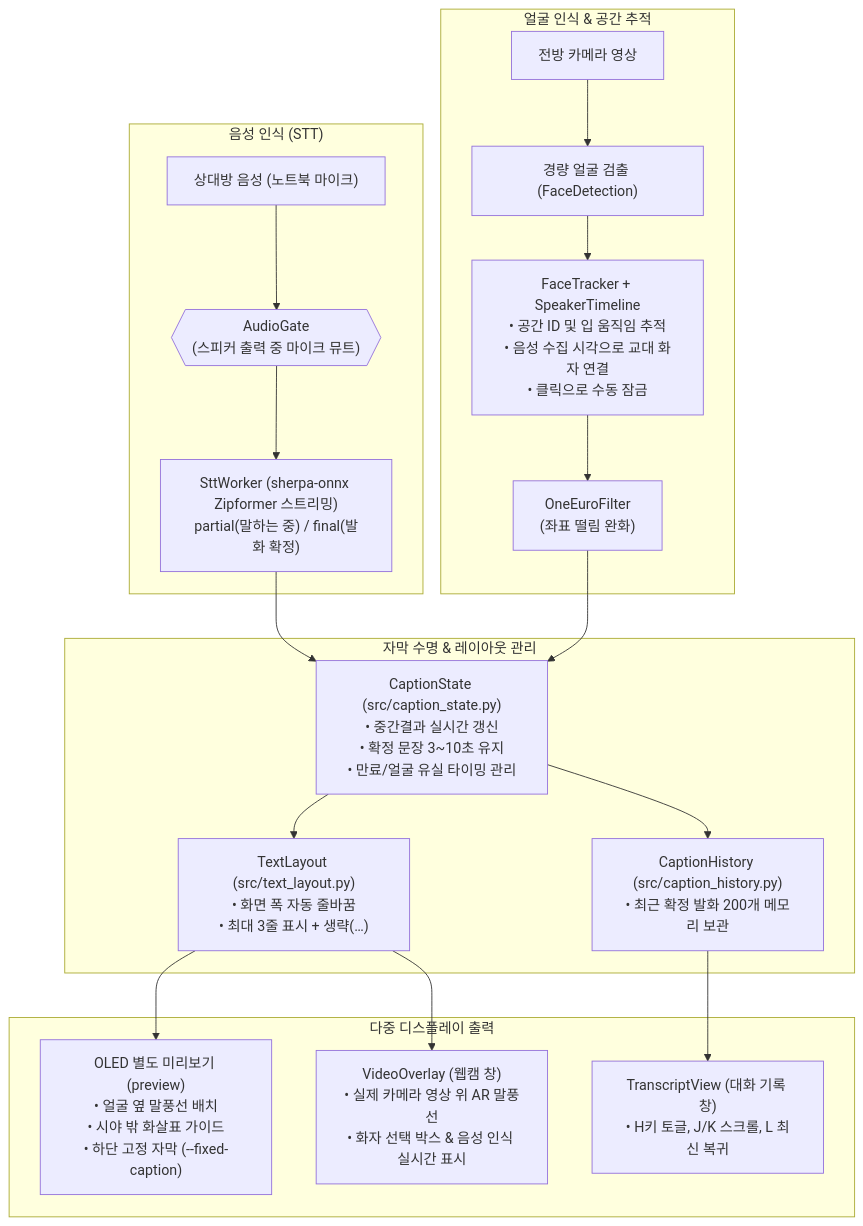
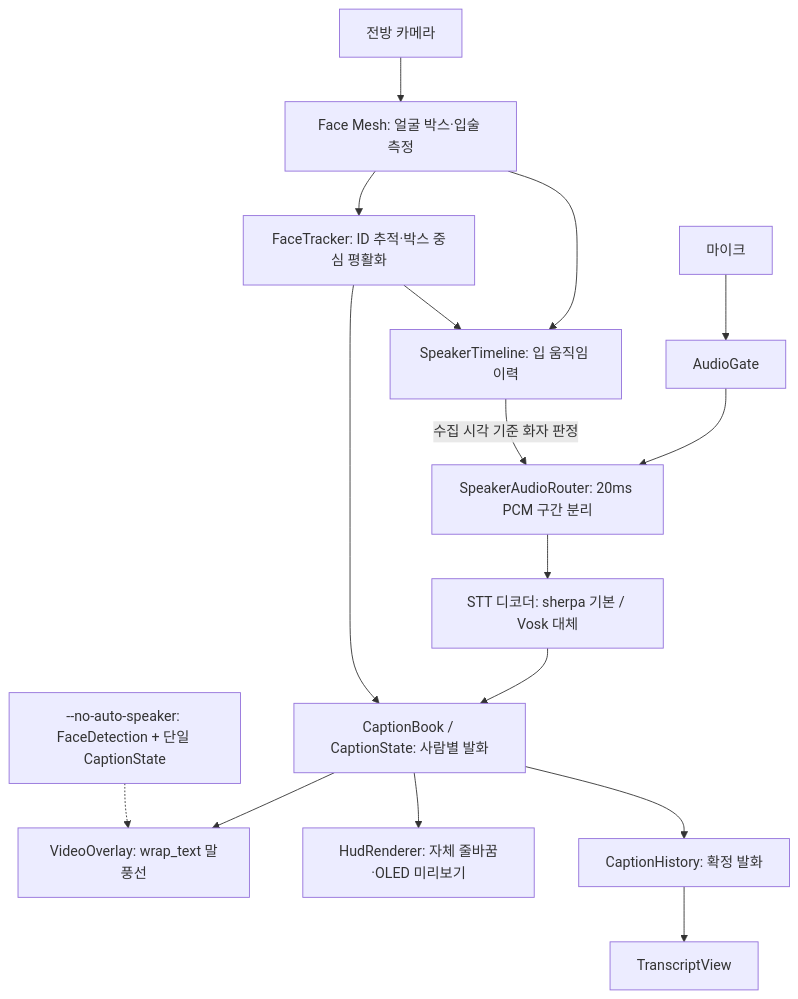
The third of 3 diagrams in README.md (vagus3/SignLanguageGlass), drawn with Mermaid before and after one commit. The commit also changed other lines of this file and 14 other files, not shown here.

````diff
--- a/README.md
+++ b/README.md
@@ -246,36 +158,14 @@
 ```mermaid
 flowchart TD
-    subgraph Audio["음성 인식 (STT)"]
-        Mic["상대방 음성 (노트북 마이크)"]
-        Gate{{"AudioGate\n(스피커 출력 중 마이크 뮤트)"}}
-        Sherpa["SttWorker (sherpa-onnx Zipformer 스트리밍)\npartial(말하는 중) / final(발화 확정)"]
-    end
-
-    subgraph Vision["얼굴 인식 & 공간 추적"]
-        Cam["전방 카메라 영상"]
-        Det["경량 얼굴 검출 (FaceDetection)"]
-        Track["FaceTracker + SpeakerTimeline\n• 공간 ID 및 입 움직임 추적\n• 음성 수집 시각으로 교대 화자 연결\n• 클릭으로 수동 잠금"]
-        Smooth["OneEuroFilter\n(좌표 떨림 완화)"]
-    end
-
-    subgraph Layout["자막 수명 & 레이아웃 관리"]
-        State["CaptionState (src/caption_state.py)\n• 중간결과 실시간 갱신\n• 확정 문장 3~10초 유지\n• 만료/얼굴 유실 타이밍 관리"]
-        Txt["TextLayout (src/text_layout.py)\n• 화면 폭 자동 줄바꿈\n• 최대 3줄 표시 + 생략(…)"]
-        Hist["CaptionHistory (src/caption_history.py)\n• 최근 확정 발화 200개 메모리 보관"]
-    end
-
-    subgraph Display["다중 디스플레이 출력"]
-        OLED["OLED 별도 미리보기 (preview)\n• 얼굴 옆 말풍선 배치\n• 시야 밖 화살표 가이드\n• 하단 고정 자막 (--fixed-caption)"]
-        Video["VideoOverlay (웹캠 창)\n• 실제 카메라 영상 위 AR 말풍선\n• 화자 선택 박스 & 음성 인식 실시간 표시"]
-        Transcript["TranscriptView (대화 기록 창)\n• H키 토글, J/K 스크롤, L 최신 복귀"]
-    end
-
-    Mic --> Gate --> Sherpa --> State
-    Cam --> Det --> Track --> Smooth --> State
-    State --> Txt
-    State --> Hist
-
-    Txt --> OLED
-    Txt --> Video
-    Hist --> Transcript
+    Mic["마이크"] --> Gate["AudioGate"] --> Router["SpeakerAudioRouter: 20ms PCM 구간 분리"]
+    Cam["전방 카메라"] --> Face["Face Mesh: 얼굴 박스·입술 측정"] --> Tracker["FaceTracker: ID 추적·박스 중심 평활화"]
+    Face --> Timeline["SpeakerTimeline: 입 움직임 이력"]
+    Tracker --> Timeline
+    Timeline -->|수집 시각 기준 화자 판정| Router
+    Router --> Decoder["STT 디코더: sherpa 기본 / Vosk 대체"] --> Book["CaptionBook / CaptionState: 사람별 발화"]
+    Tracker --> Book
+    Book --> Overlay["VideoOverlay: wrap_text 말풍선"]
+    Book --> HUD["HudRenderer: 자체 줄바꿈·OLED 미리보기"]
+    Book --> History["CaptionHistory: 확정 발화"] --> View["TranscriptView"]
+    Legacy["--no-auto-speaker: FaceDetection + 단일 CaptionState"] -.-> Overlay
 ```
````
